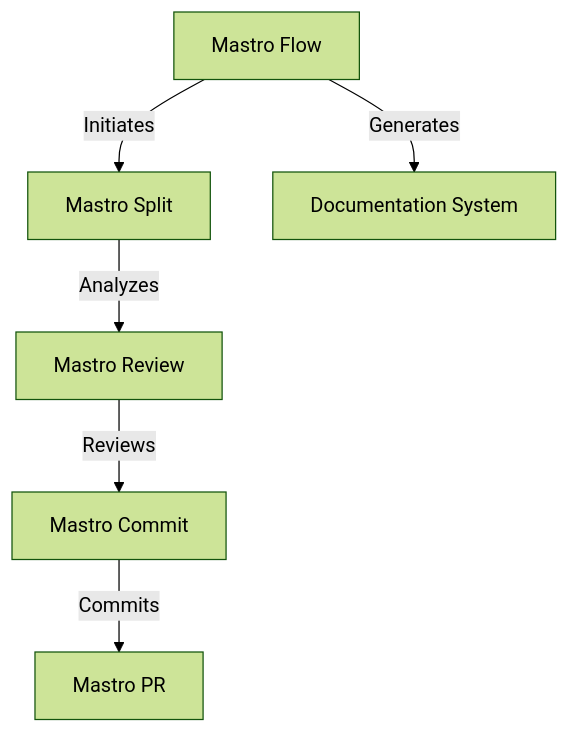
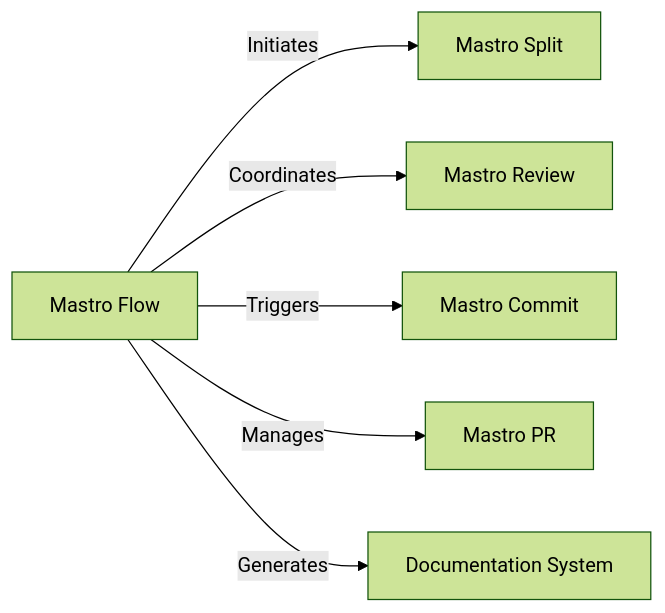
One commit to geogoesbeepboop/mastro changed the second of 3 diagrams in docs/ARCHITECTURE.md. Above: the diagram before and after it, drawn with Mermaid (forest theme). The commit also changed other lines of this file and 6 other files, not shown here.

````diff
--- a/docs/ARCHITECTURE.md
+++ b/docs/ARCHITECTURE.md
@@ -138,8 +130,8 @@
 ```mermaid
-graph TD;
-    A[Mastro Flow] -->|Initiates| B[Mastro Split];
-    B -->|Analyzes| C[Mastro Review];
-    C -->|Reviews| D[Mastro Commit];
-    D -->|Commits| E[Mastro PR];
-    A -->|Generates| F[Documentation System];
+graph LR;
+    A[Mastro Flow] -->|Initiates| B[Mastro Split]
+    A -->|Coordinates| C[Mastro Review]
+    A -->|Triggers| D[Mastro Commit]
+    A -->|Manages| E[Mastro PR]
+    A -->|Generates| F[Documentation System]
 ```
````
